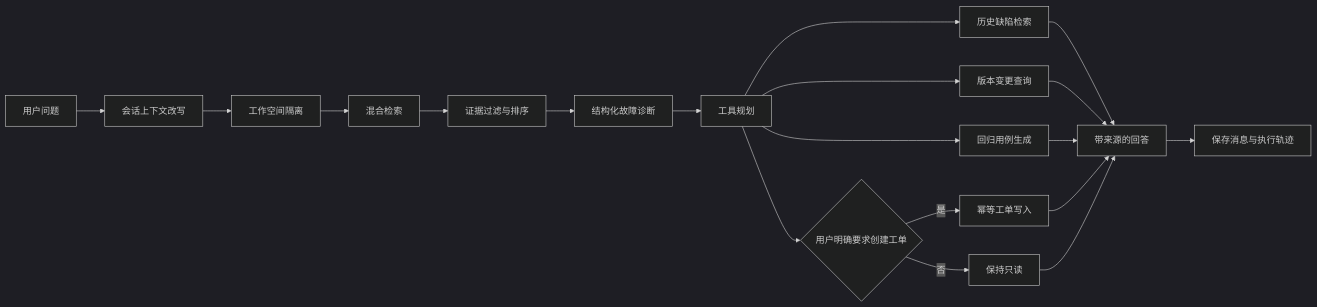
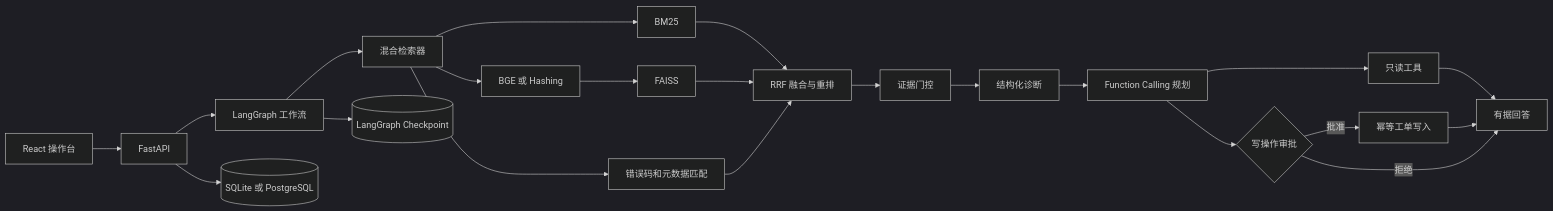
One commit to Lucifer121383/gamedev-copilot-rag-agent changed the diagram in README.md. Above: the diagram before and after it, drawn with Mermaid (dark theme). The commit also changed other lines of this file and 50 other files, not shown here.

````diff
--- a/README.md
+++ b/README.md
@@ -45,21 +54,24 @@
 ```mermaid
 flowchart LR
-    A[用户问题] --> B[会话上下文改写]
-    B --> C[工作空间隔离]
-    C --> D[混合检索]
-    D --> E[证据过滤与排序]
-    E --> F[结构化故障诊断]
-    F --> G[工具规划]
-    G --> H[历史缺陷检索]
-    G --> I[版本变更查询]
-    G --> J[回归用例生成]
-    G --> K{用户明确要求创建工单}
-    K -->|是| L[幂等工单写入]
-    K -->|否| M[保持只读]
-    H --> N[带来源的回答]
-    I --> N
-    J --> N
-    L --> N
-    M --> N
-    N --> O[保存消息与执行轨迹]
+    UI[React 操作台] --> API[FastAPI]
+    API --> GRAPH[LangGraph 工作流]
+    GRAPH --> RETRIEVE[混合检索器]
+    RETRIEVE --> BM25[BM25]
+    RETRIEVE --> DENSE[BGE 或 Hashing]
+    DENSE --> FAISS[FAISS]
+    RETRIEVE --> EXACT[错误码和元数据匹配]
+    BM25 --> RRF[RRF 融合与重排]
+    FAISS --> RRF
+    EXACT --> RRF
+    RRF --> GATE[证据门控]
+    GATE --> DIAG[结构化诊断]
+    DIAG --> PLAN[Function Calling 规划]
+    PLAN --> READ[只读工具]
+    PLAN --> APPROVE{写操作审批}
+    APPROVE -->|批准| WRITE[幂等工单写入]
+    APPROVE -->|拒绝| ANSWER[有据回答]
+    READ --> ANSWER
+    WRITE --> ANSWER
+    GRAPH --> CHECKPOINT[(LangGraph Checkpoint)]
+    API --> DB[(SQLite 或 PostgreSQL)]
 ```
````
